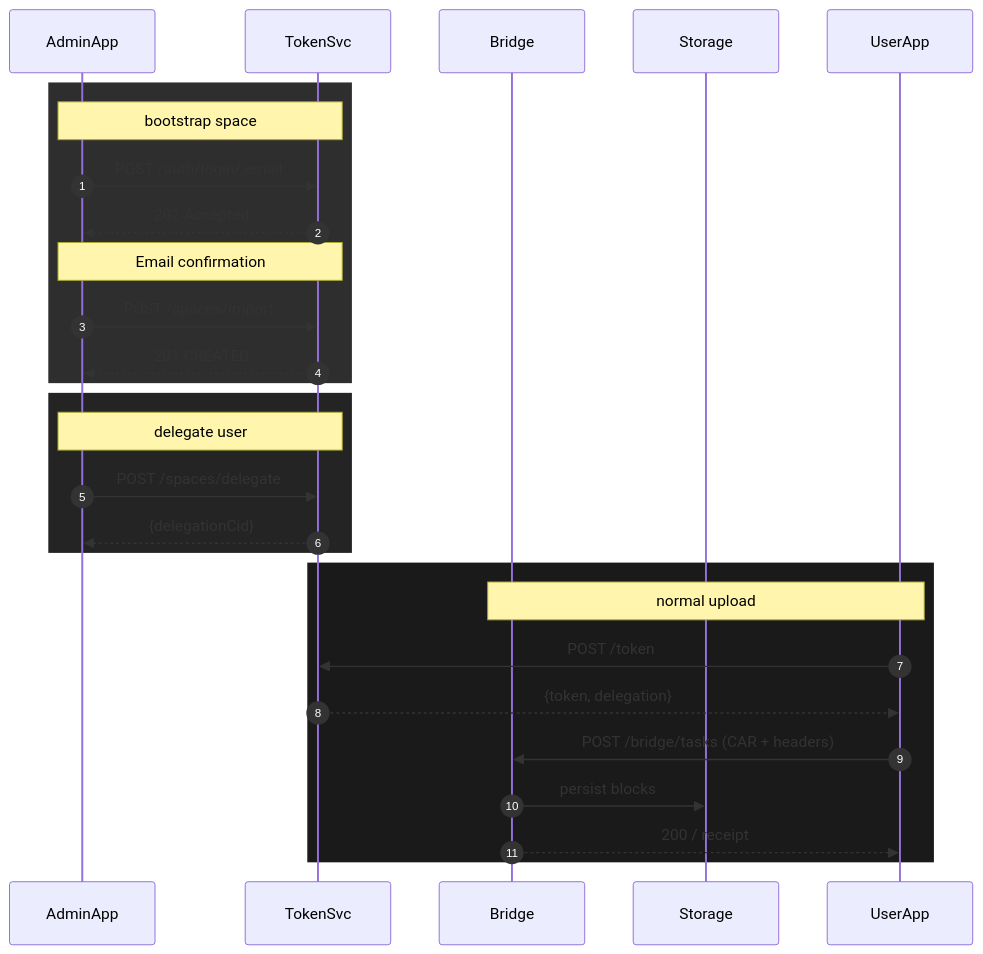
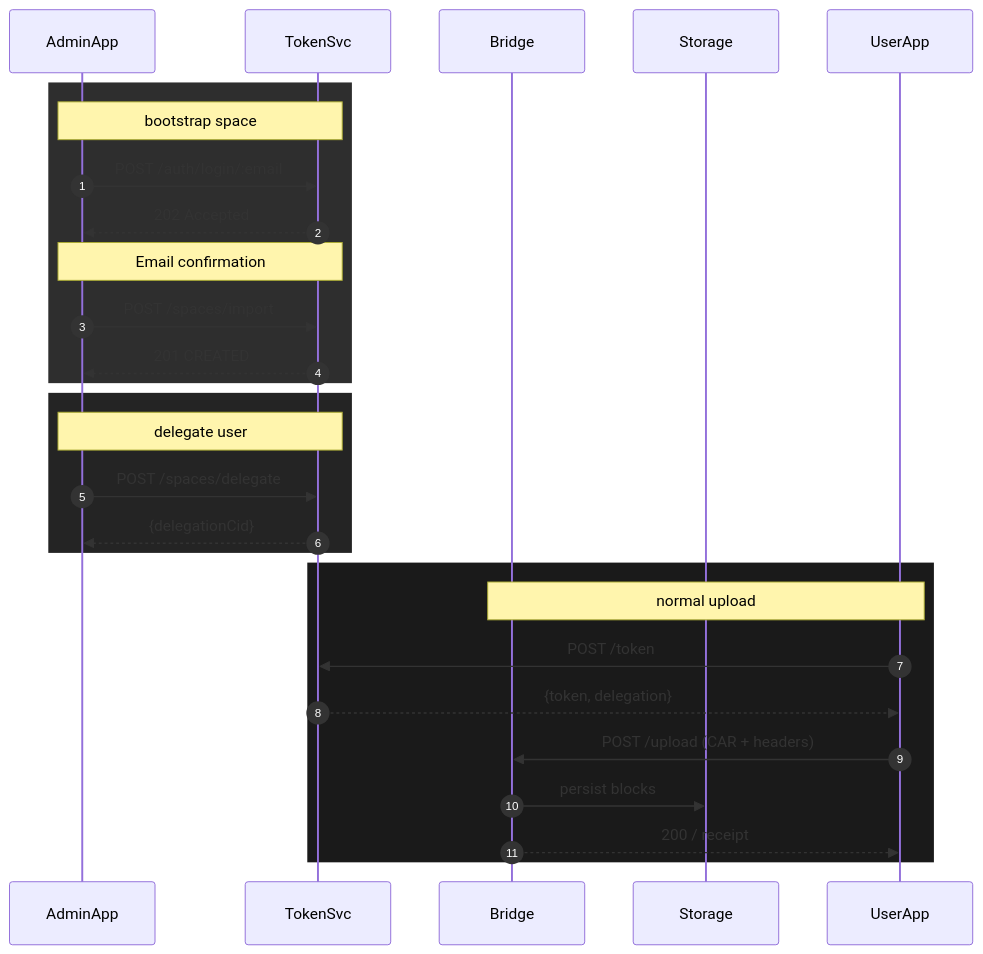
One commit to hyphacoop/save-storacha changed the second of 2 diagrams in README.md. Above: the diagram before and after it, drawn with Mermaid. The commit also changed other lines of this file, not shown here.

Commit message:
Update README.md to reflect completed features, in-progress tasks, and detailed upload paths for the Storacha service

````diff
--- a/README.md
+++ b/README.md
@@ -118,33 +161,33 @@
 ```mermaid
 sequenceDiagram
     autonumber
     participant AdminApp
     participant TokenSvc
     participant Bridge
     participant Storage
     participant UserApp
 
     rect rgb(46,46,46)
         note over AdminApp,TokenSvc: bootstrap space
         AdminApp->>TokenSvc: POST /auth/login/:email
         TokenSvc-->>AdminApp: 202 Accepted
         Note over AdminApp,TokenSvc: Email confirmation
         AdminApp->>TokenSvc: POST /spaces/import
         TokenSvc-->>AdminApp: 201 CREATED
     end
 
     rect rgb(36,36,36)
         note over AdminApp,TokenSvc: delegate user
         AdminApp->>TokenSvc: POST /spaces/delegate
         TokenSvc-->>AdminApp: {delegationCid}
     end
 
     rect rgb(26,26,26)
         note over UserApp,Bridge: normal upload
         UserApp ->> TokenSvc: POST /token
         TokenSvc-->>UserApp: {token, delegation}
-        UserApp ->> Bridge: POST /bridge/tasks (CAR + headers)
+        UserApp ->> Bridge: POST /upload (CAR + headers)
         Bridge  ->> Storage: persist blocks
         Bridge  -->> UserApp: 200 / receipt
     end
 ```
````
